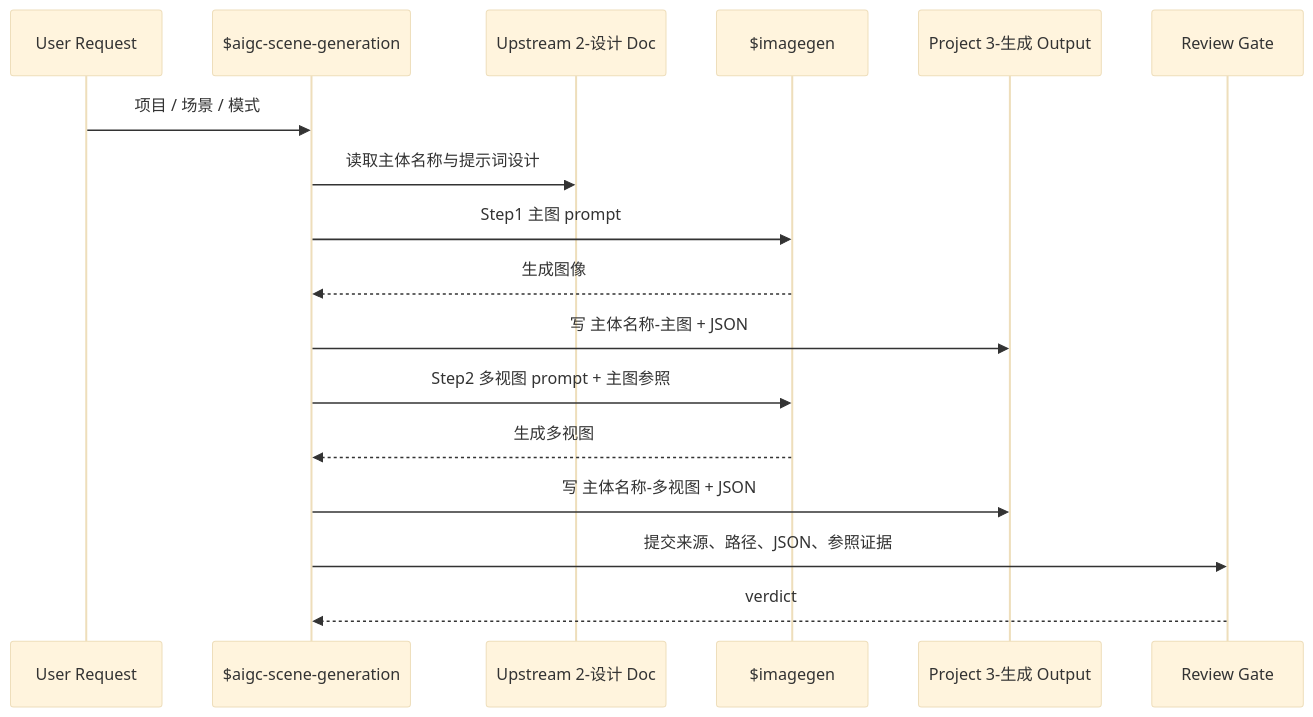
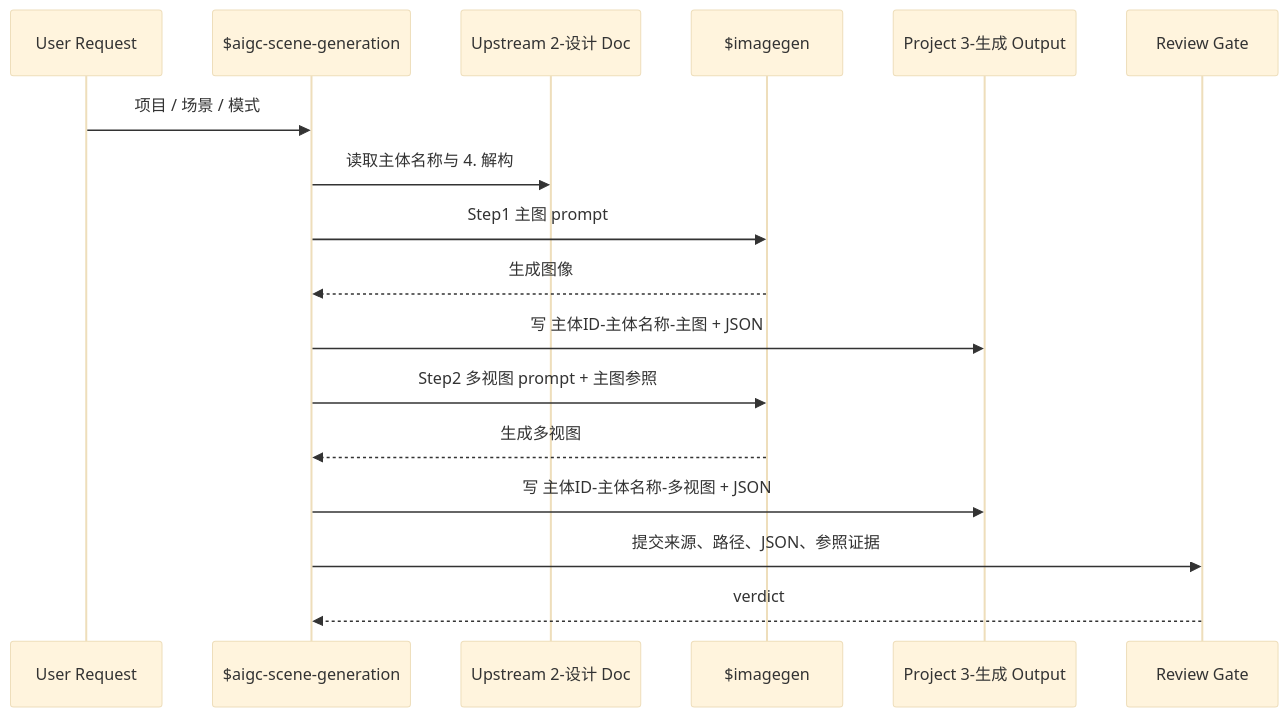
One commit to ZEN-VOID/AI-CUT changed the second of 2 diagrams in .agents/skills/aigc/5-设计/场景/3-生成/steps/scene-generation-workflow.md. Above: the diagram before and after it, drawn with Mermaid (base theme). The commit also changed other lines of this file and 106 other files, not shown here.

````diff
--- a/.agents/skills/aigc/5-设计/场景/3-生成/steps/scene-generation-workflow.md
+++ b/.agents/skills/aigc/5-设计/场景/3-生成/steps/scene-generation-workflow.md
@@ -27,19 +27,19 @@
 ```mermaid
 sequenceDiagram
     participant U as User Request
     participant S as $aigc-scene-generation
     participant D as Upstream 2-设计 Doc
     participant I as $imagegen
     participant O as Project 3-生成 Output
     participant R as Review Gate
     U->>S: 项目 / 场景 / 模式
-    S->>D: 读取主体名称与提示词设计
+    S->>D: 读取主体名称与 4. 解构
     S->>I: Step1 主图 prompt
     I-->>S: 生成图像
-    S->>O: 写 主体名称-主图 + JSON
+    S->>O: 写 主体ID-主体名称-主图 + JSON
     S->>I: Step2 多视图 prompt + 主图参照
     I-->>S: 生成多视图
-    S->>O: 写 主体名称-多视图 + JSON
+    S->>O: 写 主体ID-主体名称-多视图 + JSON
     S->>R: 提交来源、路径、JSON、参照证据
     R-->>S: verdict
 ```
````
